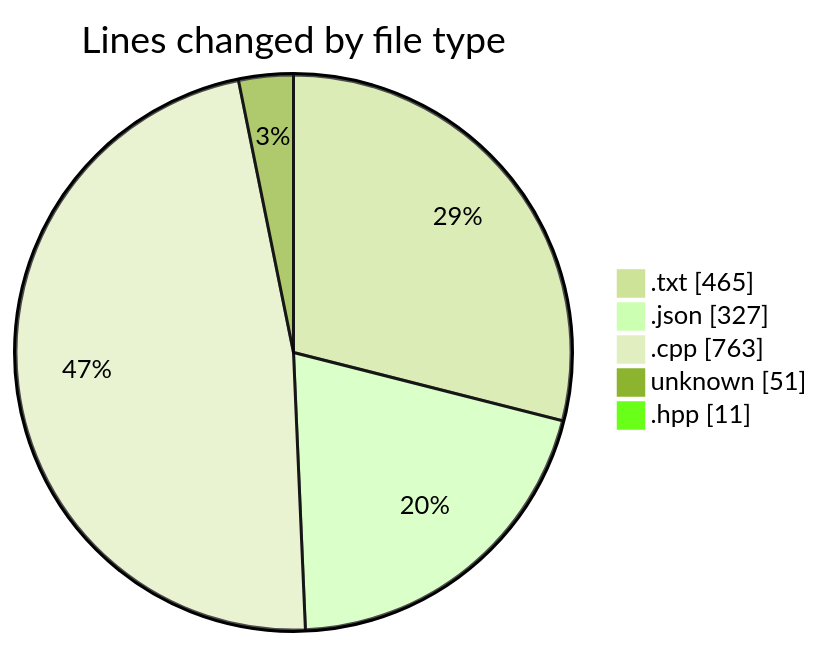
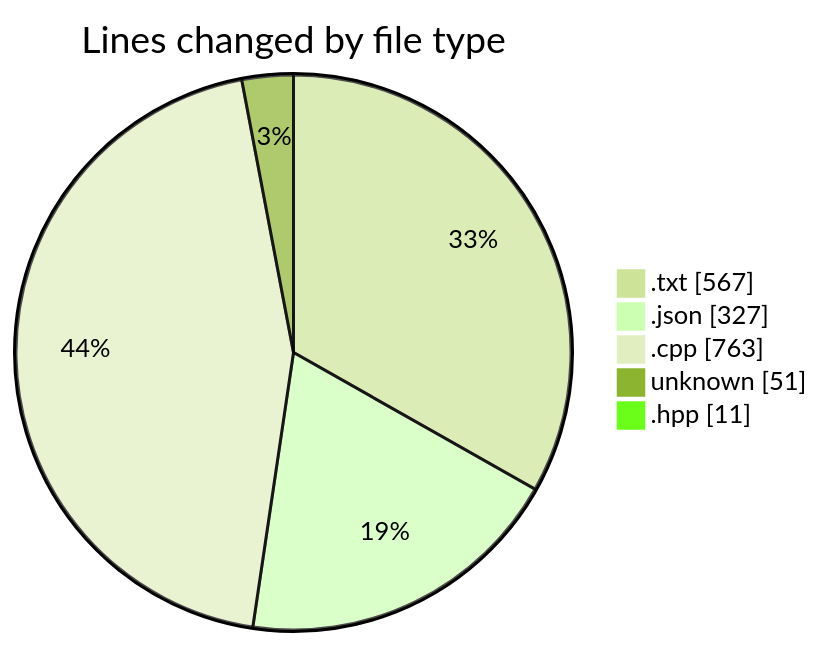
One commit to Netris89/code-tracking changed the first of 2 diagrams in 2025-04-07/echo/README.md. Above: the diagram before and after it, drawn with Mermaid (forest theme). The commit also changed other lines of this file and 1 other file, not shown here.

````diff
--- a/2025-04-07/echo/README.md
+++ b/2025-04-07/echo/README.md
@@ -29,9 +29,9 @@
 ```mermaid
 pie showData
 title Lines changed by file type
-".txt" : 465
+".txt" : 567
 ".json" : 327
 ".cpp" : 763
 "unknown" : 51
 ".hpp" : 11
 ```
````
